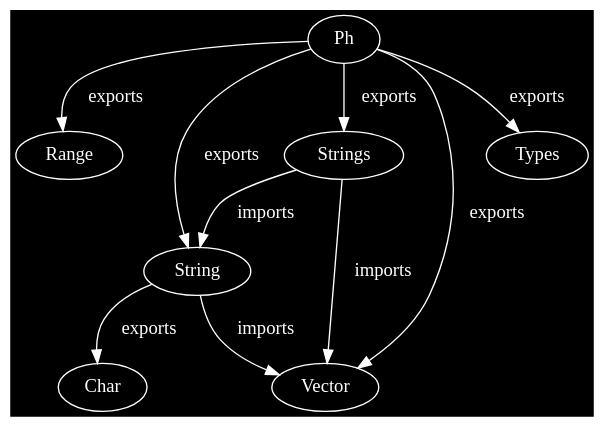
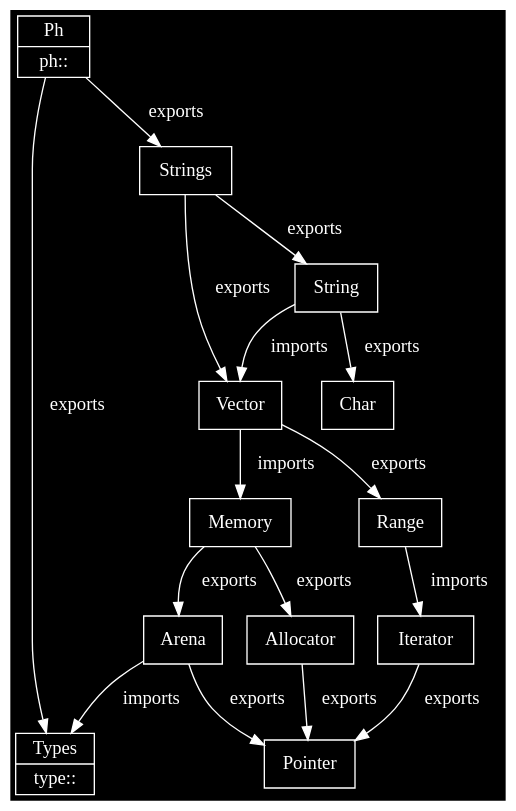
Before and after one commit to phiwen96/ph: the second of 10 diagrams in README.md, drawn with Graphviz.

````diff
--- a/README.md
+++ b/README.md
@@ -93,21 +93,46 @@
 ```graphviz
 digraph structs 
 {
 	compound=true;
 	graph [bgcolor=black fontcolor=white color=white];
 	node [fillcolor=black style=filled color=white fontcolor=white];
 	edge [color=white fontcolor=white];
 
-	"Ph"
+	Ph [shape = record, label = "{Ph| {ph::}}"]
+	Types [shape = record, label = "{Types| {type::}}"]
+	Memory [shape = record, label = "{Memory}"]
+	Allocator [shape = record, label = "{Allocator}"]
+	Arena [shape = record, label = "{Arena}"]
 
-	"Ph" -> "Range" [label = "  exports"]
-	"Strings" -> "String" [label = "  imports"]
-	"String" -> "Char" [label = "  exports"]
+	String [shape = record, label = "{String}"]
+
+	Strings [shape = record, label = "{Strings}"]
+
+	Vector [shape = record, label = "{Vector}"]
+
+	Range [shape = record, label = "{Range}"]
+
+	Char [shape = record, label = "{Char}"]
+
+	Iterator [shape = record, label = "{Iterator}"]
+	Pointer [shape = record, label = "{Pointer}"]
+
+
+
+	"Memory" -> "Arena" [shape = record, label = "  exports"]
+	"Arena" -> "Types" [shape = record, label = "  imports"]
+	"Memory" -> "Allocator" [shape = record, label = "  exports"]
+	"Arena" -> "Pointer" [shape = record, label = "  exports"]
+	"Iterator" -> "Pointer" [shape = record, label = "  exports"]
+	"Allocator" -> "Pointer" [shape = record, label = "  exports"]
+	"Range" -> "Iterator" [shape = record, label = "  imports"]
+	"Strings" -> "String" [shape = record, label = "  exports"]
+	"Vector" -> "Range" [shape = record, label = "  exports"]
+	"Vector" -> "Memory" [shape = record, label = "  imports"]
+	"String" -> Char [label = "  exports"]
 	"String" -> "Vector" [label = "  imports"]
-	"Strings" -> "Vector" [label = "  imports"]
-	"Ph" -> "Vector" [label = "  exports"]
+	"Strings" -> "Vector" [label = "  exports"]
 	"Ph" -> "Strings" [label = "  exports"]
-	"Ph" -> "String" [label = "  exports"]
 	"Ph" -> "Types" [label = "  exports"]
 }
 ```
````
